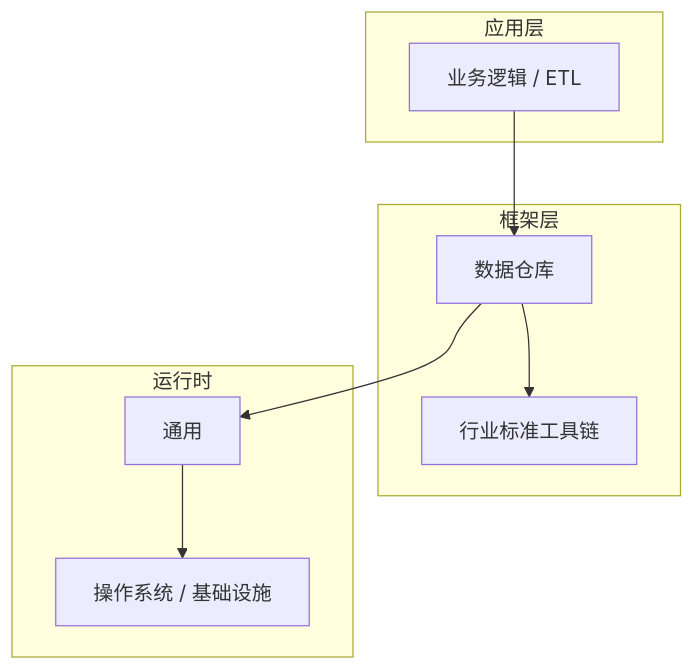
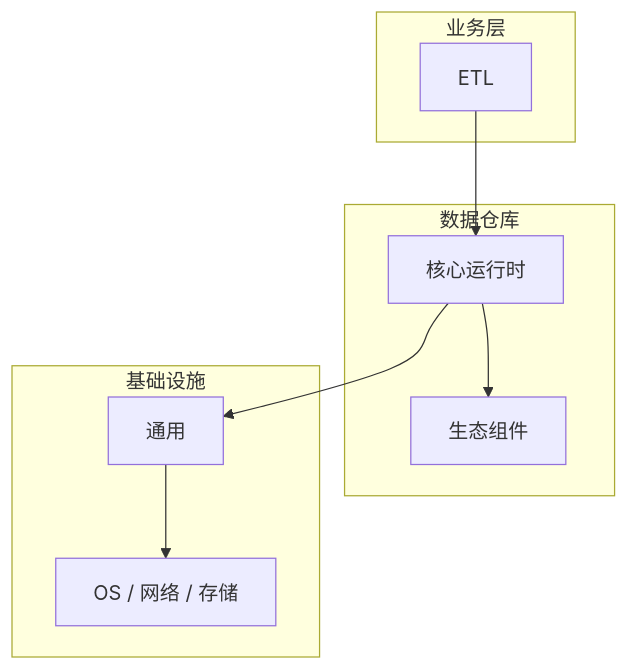
One commit to yanggan2015/knowledge-json-v2 changed the diagram in articles/数据仓库/chapters/031-ETL核心概念与原理.md. Above: the diagram before and after it, drawn with Mermaid. The commit also changed other lines of this file and 10127 other files, not shown here.

````diff
--- a/articles/数据仓库/chapters/031-ETL核心概念与原理.md
+++ b/articles/数据仓库/chapters/031-ETL核心概念与原理.md
@@ -45,18 +34,18 @@
 ```mermaid
 graph TB
-    subgraph 应用层
-        A[业务逻辑 / ETL]
+    subgraph 业务层
+        A[ETL]
     end
-    subgraph 框架层
-        B[数据仓库]
-        C[行业标准工具链]
+    subgraph 数据仓库
+        B[核心运行时]
+        C[生态组件]
     end
-    subgraph 运行时
+    subgraph 基础设施
         D[通用]
-        E[操作系统 / 基础设施]
+        E[OS / 网络 / 存储]
     end
     A --> B
     B --> C
     B --> D
     D --> E
 ```
````
